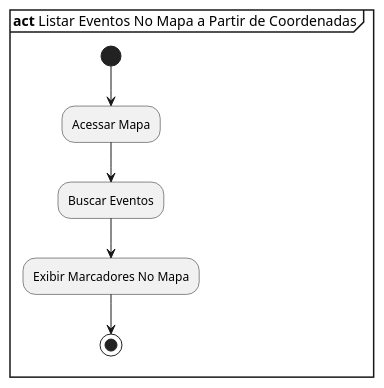
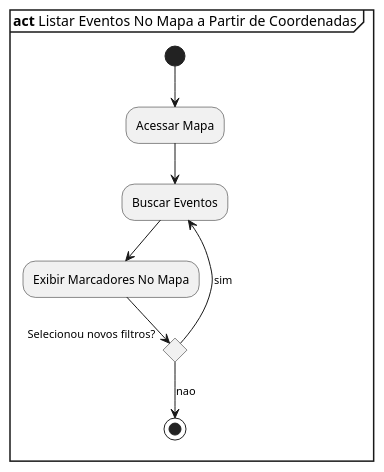
Before and after one commit to joaolfern/kolala: the diagram in UML/act2.plantuml, drawn with PlantUML.

Commit message:
Update activity diagram 2

```diff
--- a/UML/act2.plantuml
+++ b/UML/act2.plantuml
@@ -1,7 +1,11 @@
 @startuml
 mainframe **act** Listar Eventos No Mapa a Partir de Coordenadas
 (*) --> "Acessar Mapa"
 --> "Buscar Eventos"
 --> "Exibir Marcadores No Mapa"
---> (*)
+--> if "Selecionou novos filtros?" then
+  -->[sim]"Buscar Eventos"
+  else
+  -->[nao](*)
+  endif
 @enduml
```
